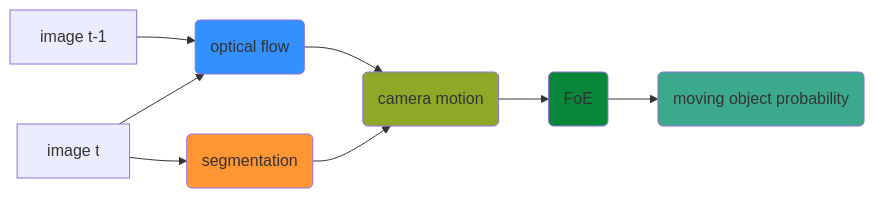
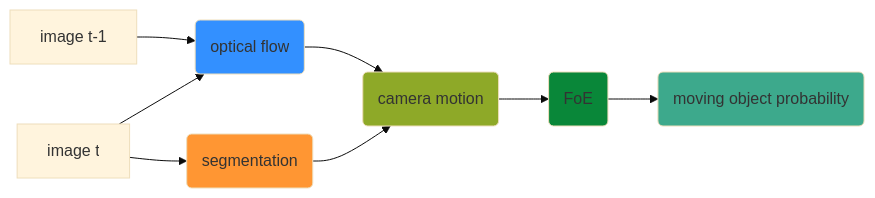
Before and after one commit to MasahiroOgawa/reconstruct4D: the diagram in doc/flowchart_whole.md, drawn with Mermaid. The commit also changed 1 other file, not shown here.

Commit message:
fix mermaid format, but still not straight though.

````diff
--- a/doc/flowchart_whole.md
+++ b/doc/flowchart_whole.md
@@ -1,25 +1,26 @@
 ```mermaid
 %%{
   init: {
-    'theme': 'default',
+    'theme': 'base',
     'themeVariables': {
-      'fontSize': '28pix'
+      'fontSize': '28pix',
+      'curve': 'linear'
     }
   }
 }%%
 
 flowchart LR
     imgt-1[image t-1] --> flow(optical flow)
     imgt[image t] --> flow
     imgt --> seg(segmentation)
     flow --> cam(camera motion)
     seg --> cam
     cam --> foe(FoE)
     foe --> movpix(moving object probability)
 
     style flow fill:#3390FF
     style foe fill:#098739
     style cam fill: #8EA928
     style movpix fill: #3DA98C
     style seg fill:#FF9633
 ```
````
